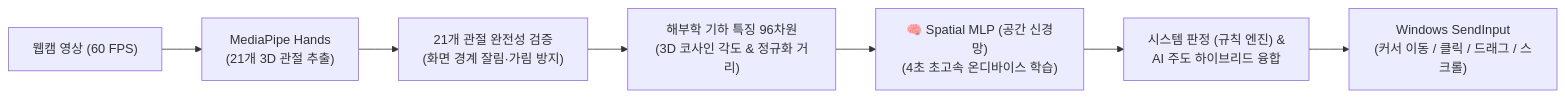
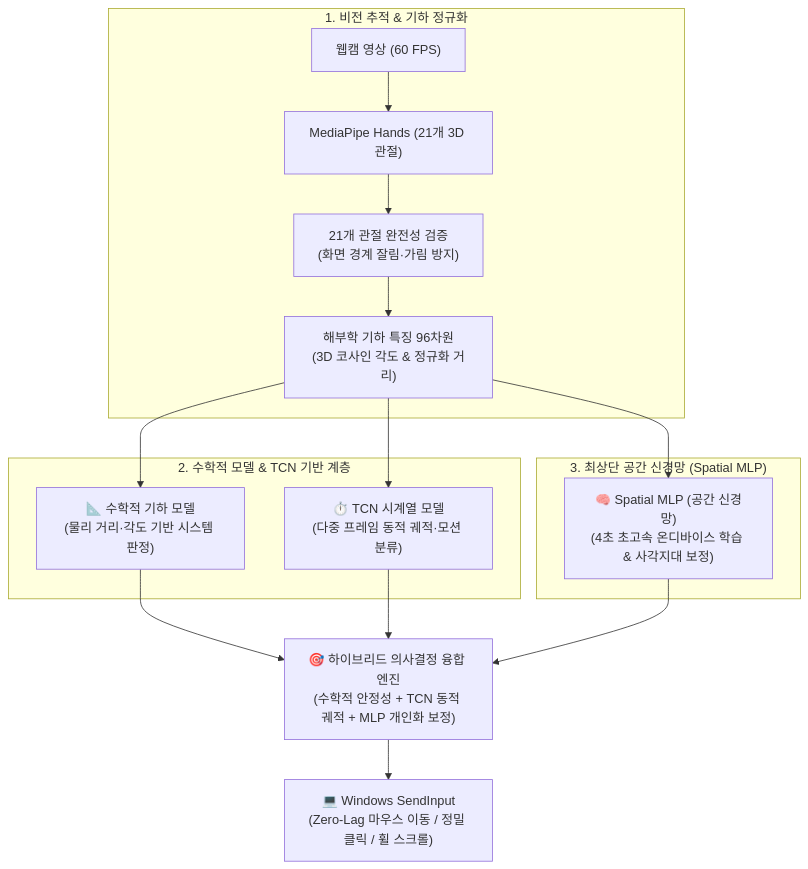
Before and after one commit to intel7-ai/manux: the diagram in README.md, drawn with Mermaid. The commit also changed other lines of this file, not shown here.

Commit message:
docs(readme): describe 3-tier hybrid architecture (math model + TCN + Spatial MLP)

````diff
--- a/README.md
+++ b/README.md
@@ -52,9 +52,23 @@
 ```mermaid
-flowchart LR
-    A["웹캠 영상 (60 FPS)"] --> B["MediaPipe Hands<br/>(21개 3D 관절 추출)"]
-    B --> C["21개 관절 완전성 검증<br/>(화면 경계 잘림·가림 방지)"]
-    C --> D["해부학 기하 특징 96차원<br/>(3D 코사인 각도 & 정규화 거리)"]
-    D --> E["🧠 Spatial MLP (공간 신경망)<br/>(4초 초고속 온디바이스 학습)"]
-    E --> F["시스템 판정 (규칙 엔진) &<br/>AI 주도 하이브리드 융합"]
-    F --> G["Windows SendInput<br/>(커서 이동 / 클릭 / 드래그 / 스크롤)"]
+flowchart TD
+    subgraph S1["1. 비전 추적 & 기하 정규화"]
+        A["웹캠 영상 (60 FPS)"] --> B["MediaPipe Hands (21개 3D 관절)"]
+        B --> C["21개 관절 완전성 검증<br/>(화면 경계 잘림·가림 방지)"]
+        C --> D["해부학 기하 특징 96차원<br/>(3D 코사인 각도 & 정규화 거리)"]
+    end
+
+    subgraph S2["2. 수학적 모델 & TCN 기반 계층"]
+        D --> M1["📐 수학적 기하 모델<br/>(물리 거리·각도 기반 시스템 판정)"]
+        D --> M2["⏱️ TCN 시계열 모델<br/>(다중 프레임 동적 궤적·모션 분류)"]
+    end
+
+    subgraph S3["3. 최상단 공간 신경망 (Spatial MLP)"]
+        D --> M3["🧠 Spatial MLP (공간 신경망)<br/>(4초 초고속 온디바이스 학습 & 사각지대 보정)"]
+    end
+
+    M1 --> H["🎯 하이브리드 의사결정 융합 엔진<br/>(수학적 안정성 + TCN 동적 궤적 + MLP 개인화 보정)"]
+    M2 --> H
+    M3 --> H
+
+    H --> OUT["💻 Windows SendInput<br/>(Zero-Lag 마우스 이동 / 정밀 클릭 / 휠 스크롤)"]
 ```
````
